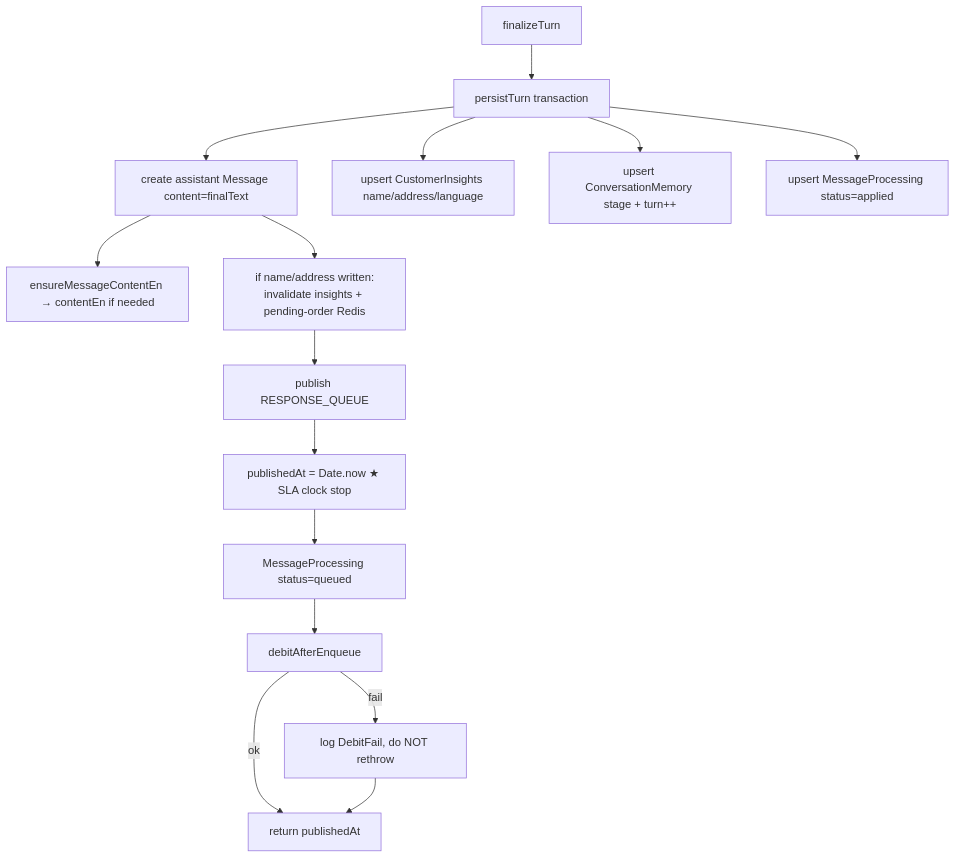
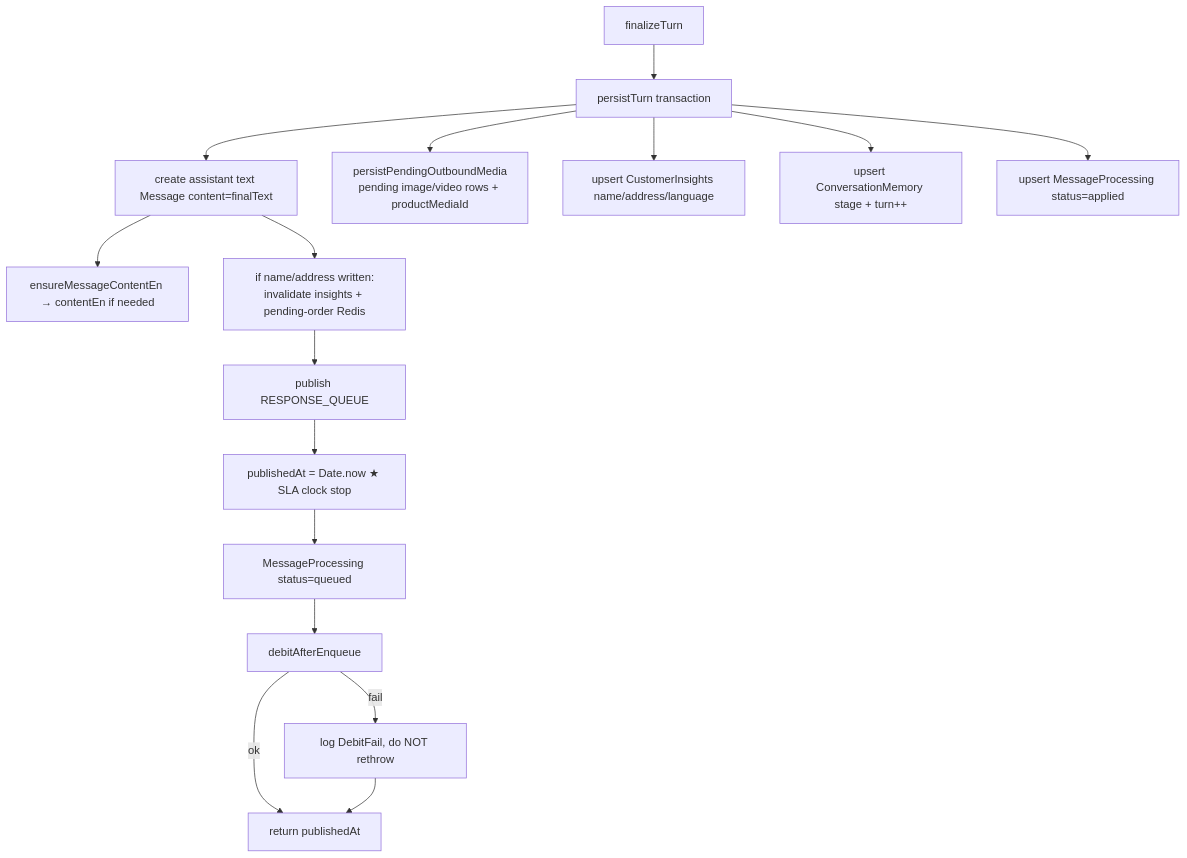
Before and after one commit to roshan-1904/chatlogix-gowtham: the tenth of 10 diagrams in docs/INCOMING_RESPONSE_GENERATOR_FLOW.md, drawn with Mermaid. The commit also changed other lines of this file and 49 other files, not shown here.

First line of the commit message:
feat: introduce ProductMedia model and enhance media handling in conversations

````diff
--- a/docs/INCOMING_RESPONSE_GENERATOR_FLOW.md
+++ b/docs/INCOMING_RESPONSE_GENERATOR_FLOW.md
@@ -462,17 +466,18 @@
 ```mermaid
 flowchart TD
   FT[finalizeTurn] --> P[persistTurn transaction]
-  P --> M[create assistant Message content=finalText]
+  P --> M[create assistant text Message content=finalText]
+  P --> PM[persistPendingOutboundMedia<br/>pending image/video rows + productMediaId]
   M --> EN2[ensureMessageContentEn → contentEn if needed]
   P --> I[upsert CustomerInsights name/address/language]
   P --> MEM[upsert ConversationMemory stage + turn++]
   P --> MP[upsert MessageProcessing status=applied]
   M --> INV[if name/address written:<br/>invalidate insights + pending-order Redis]
   INV --> Q[publish RESPONSE_QUEUE]
   Q --> SLA[publishedAt = Date.now ★ SLA clock stop]
   SLA --> Q2[MessageProcessing status=queued]
   Q2 --> D[debitAfterEnqueue]
   D -->|ok| DONE[return publishedAt]
   D -->|fail| LOG[log DebitFail, do NOT rethrow]
   LOG --> DONE
 ```
````
